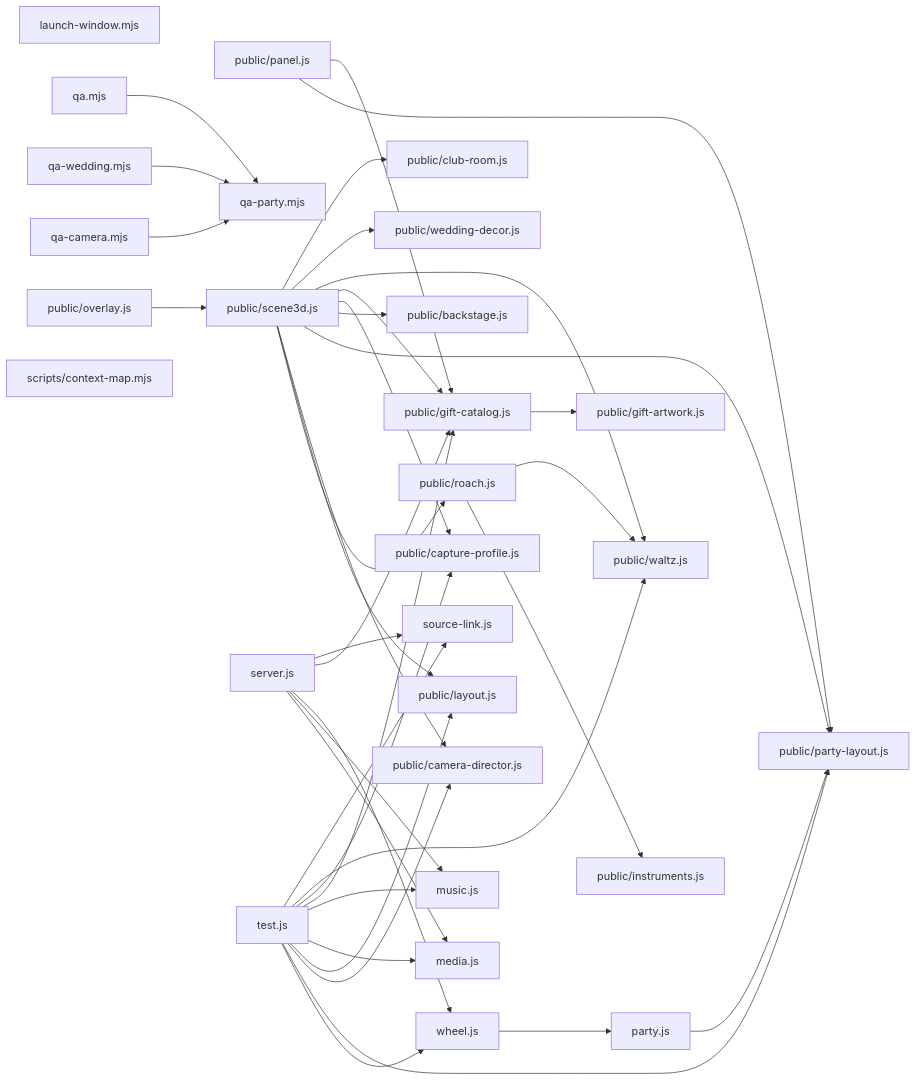
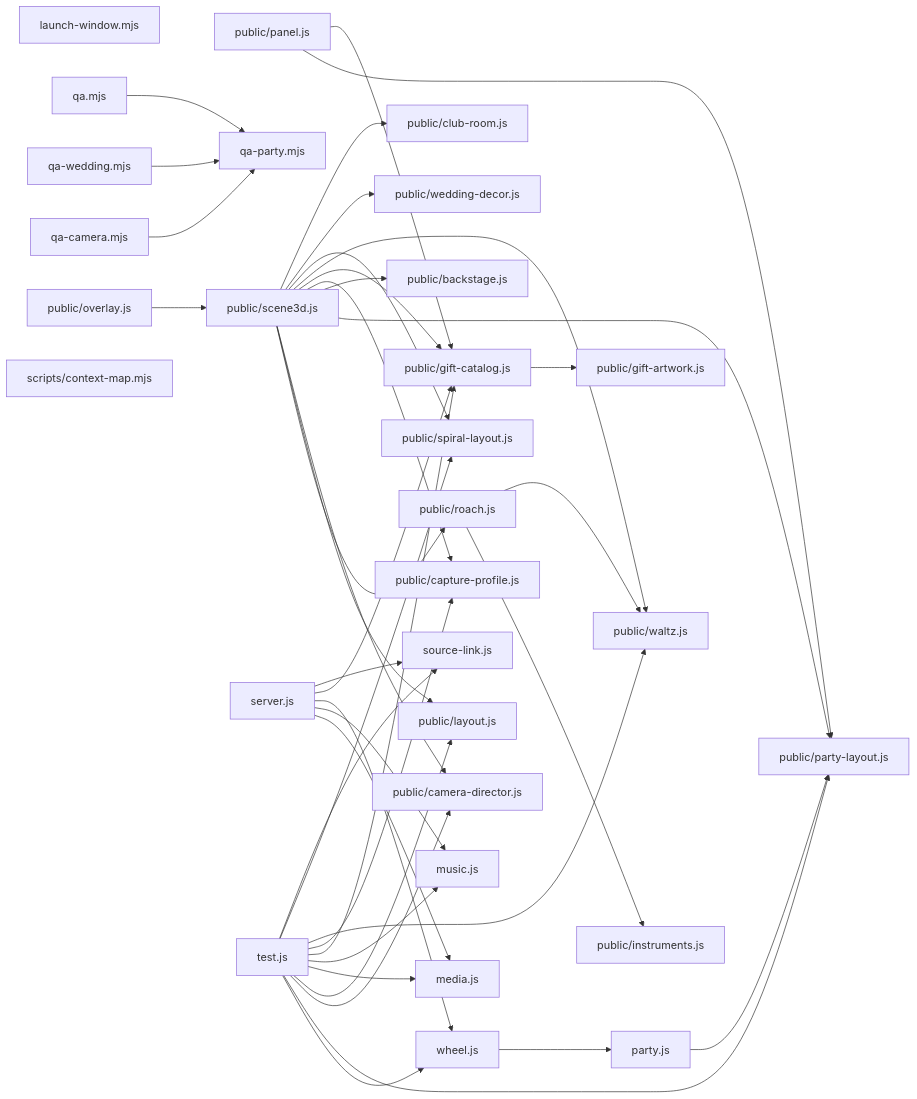
Before and after one commit to fthgshhsrth/roda-live: the diagram in docs/context-map.md, drawn with Mermaid. The commit also changed 21 other files, not shown here.

````diff
--- a/docs/context-map.md
+++ b/docs/context-map.md
@@ -5,67 +5,70 @@
 ```mermaid
 graph LR
   n0["launch-window.mjs"]
   n1["media.js"]
   n2["music.js"]
   n3["party.js"]
   n4["public/backstage.js"]
   n5["public/camera-director.js"]
   n6["public/capture-profile.js"]
   n7["public/club-room.js"]
   n8["public/gift-artwork.js"]
   n9["public/gift-catalog.js"]
   n10["public/instruments.js"]
   n11["public/layout.js"]
   n12["public/overlay.js"]
   n13["public/panel.js"]
   n14["public/party-layout.js"]
   n15["public/roach.js"]
   n16["public/scene3d.js"]
-  n17["public/waltz.js"]
-  n18["public/wedding-decor.js"]
-  n19["qa-camera.mjs"]
-  n20["qa-party.mjs"]
-  n21["qa-wedding.mjs"]
-  n22["qa.mjs"]
-  n23["scripts/context-map.mjs"]
-  n24["server.js"]
-  n25["source-link.js"]
-  n26["test.js"]
-  n27["wheel.js"]
+  n17["public/spiral-layout.js"]
+  n18["public/waltz.js"]
+  n19["public/wedding-decor.js"]
+  n20["qa-camera.mjs"]
+  n21["qa-party.mjs"]
+  n22["qa-wedding.mjs"]
+  n23["qa.mjs"]
+  n24["scripts/context-map.mjs"]
+  n25["server.js"]
+  n26["source-link.js"]
+  n27["test.js"]
+  n28["wheel.js"]
   n3 --> n14
   n9 --> n8
   n12 --> n16
   n13 --> n14
   n13 --> n9
   n15 --> n10
-  n15 --> n17
+  n15 --> n18
   n16 --> n15
   n16 --> n11
   n16 --> n5
   n16 --> n14
   n16 --> n4
   n16 --> n6
   n16 --> n9
+  n16 --> n18
   n16 --> n17
-  n16 --> n18
+  n16 --> n19
   n16 --> n7
-  n19 --> n20
-  n21 --> n20
-  n22 --> n20
-  n24 --> n1
-  n24 --> n2
-  n24 --> n27
-  n24 --> n9
-  n24 --> n25
-  n26 --> n27
-  n26 --> n14
-  n26 --> n5
-  n26 --> n11
-  n26 --> n1
-  n26 --> n2
-  n26 --> n9
-  n26 --> n6
-  n26 --> n17
-  n26 --> n25
-  n27 --> n3
+  n20 --> n21
+  n22 --> n21
+  n23 --> n21
+  n25 --> n1
+  n25 --> n2
+  n25 --> n28
+  n25 --> n9
+  n25 --> n26
+  n27 --> n28
+  n27 --> n14
+  n27 --> n5
+  n27 --> n11
+  n27 --> n1
+  n27 --> n2
+  n27 --> n9
+  n27 --> n6
+  n27 --> n18
+  n27 --> n17
+  n27 --> n26
+  n28 --> n3
 ```
````
